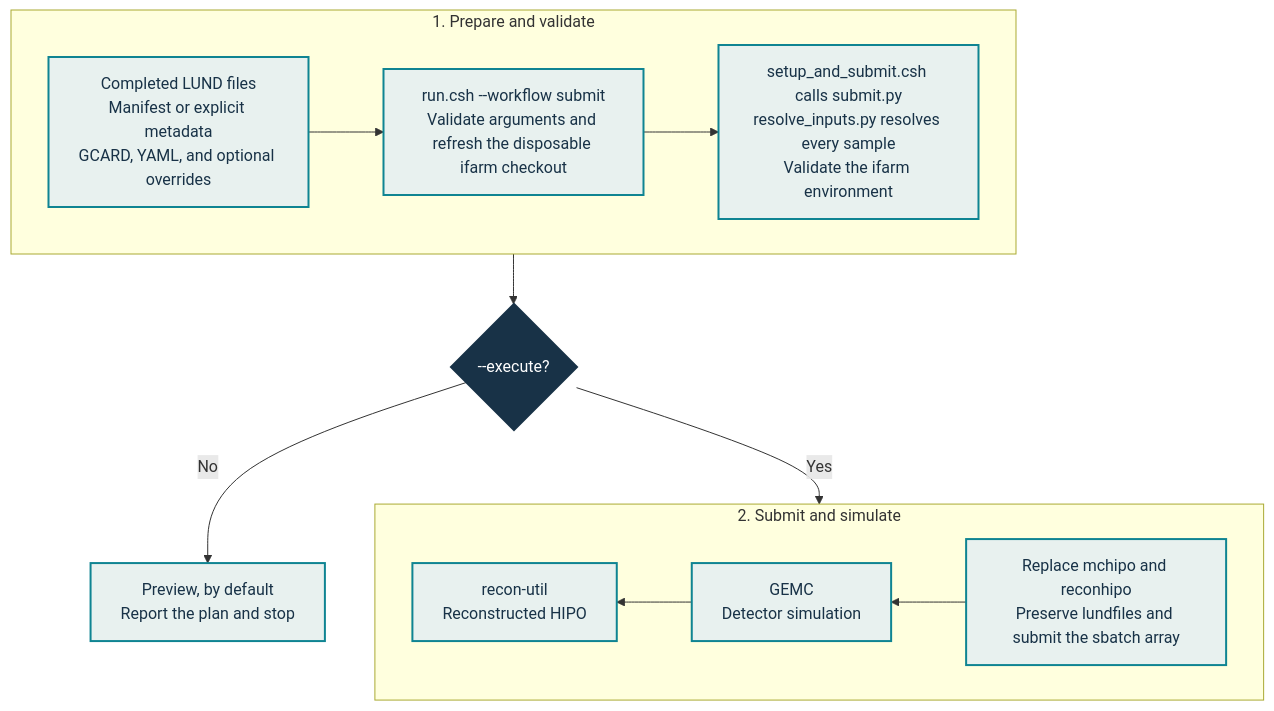
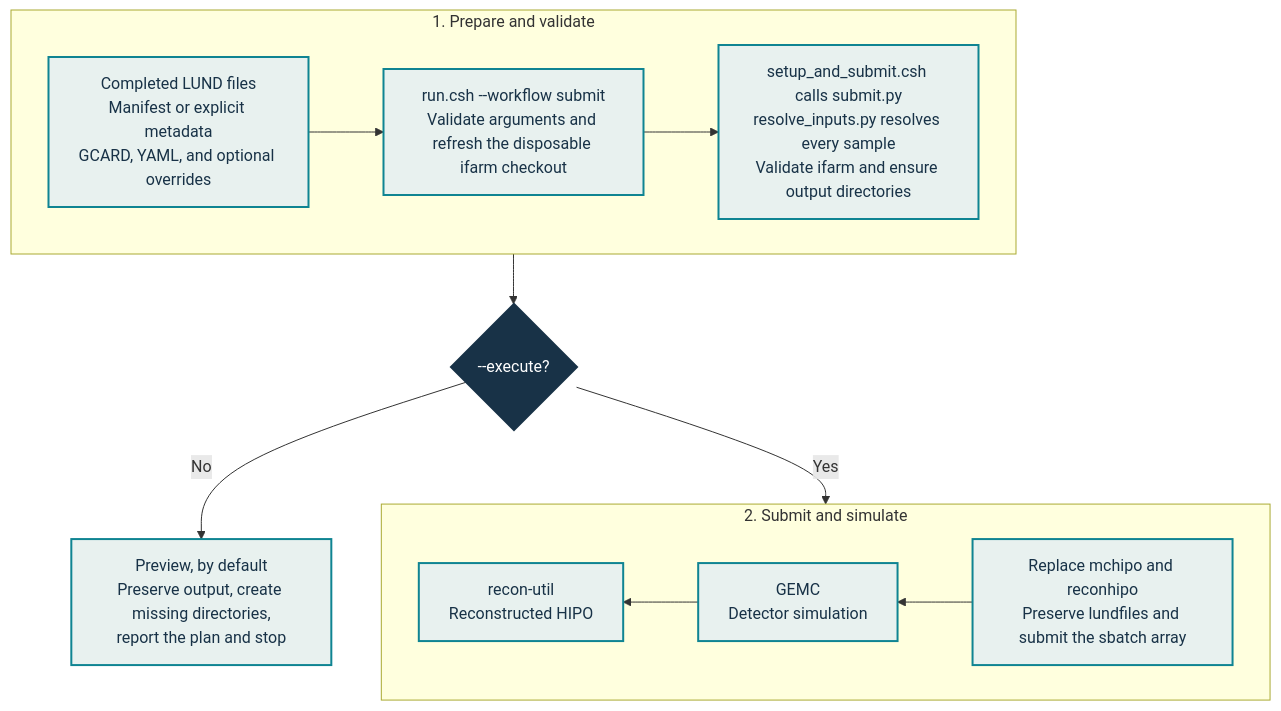
The diagram in docs/submit-simulation/index.md (alons126/CLAS12-sample-generator), drawn with Mermaid before and after one commit. The commit also changed 24 other files, not shown here.

Commit message:
Update LUND naming and simulation output setup

````diff
--- a/docs/submit-simulation/index.md
+++ b/docs/submit-simulation/index.md
@@ -5,26 +5,26 @@
 ```mermaid
 flowchart TB
     subgraph PREPARE["1. Prepare and validate"]
         direction LR
         INPUTS["Completed LUND files<br/>Manifest or explicit metadata<br/>GCARD, YAML, and optional overrides"] --> ENTRY["run.csh --workflow submit<br/>Validate arguments and refresh the disposable ifarm checkout"]
-        ENTRY --> VALIDATE["setup_and_submit.csh calls submit.py<br/>resolve_inputs.py resolves every sample<br/>Validate the ifarm environment"]
+        ENTRY --> VALIDATE["setup_and_submit.csh calls submit.py<br/>resolve_inputs.py resolves every sample<br/>Validate ifarm and ensure output directories"]
     end
 
     EXECUTE{"--execute?"}
-    PREVIEW["Preview, by default<br/>Report the plan and stop"]
+    PREVIEW["Preview, by default<br/>Preserve output, create missing directories,<br/>report the plan and stop"]
 
     subgraph SIMULATE["2. Submit and simulate"]
         direction RL
         SUBMIT["Replace mchipo and reconhipo<br/>Preserve lundfiles and submit the sbatch array"] --> GEMC["GEMC<br/>Detector simulation"]
         GEMC --> RECON["recon-util<br/>Reconstructed HIPO"]
     end
 
     PREPARE --> EXECUTE
     EXECUTE -->|No| PREVIEW
     EXECUTE -->|Yes| SIMULATE
 
     classDef decision fill:#183247,color:#ffffff,stroke:#183247,stroke-width:2px;
     classDef stage fill:#e8f1ef,color:#183247,stroke:#0f8492,stroke-width:2px;
     class EXECUTE decision;
     class INPUTS,ENTRY,VALIDATE,PREVIEW,SUBMIT,GEMC,RECON stage;
 ```
````
